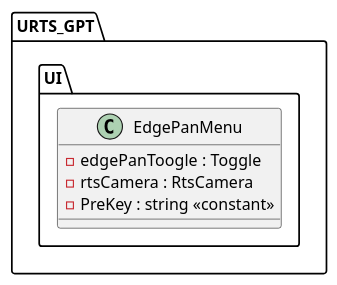
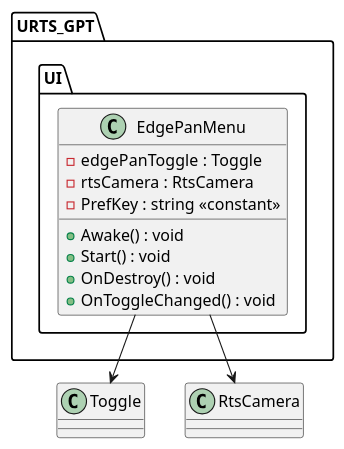
The diagram in Assets/UML/ClassDiagrams/Camera/Camera_EdgePanMenuV1_Class.puml (khongpak/URTS_GPT), drawn with PlantUML before and after one commit. The commit also changed 2 other files, not shown here.

Commit message:
เป้าหมายบทเรียน #4 — Formation Move + Marker Pool ยังไม่เสร็จ กำลังทำถึงแค่ขั้นตอนที่ 1 สร้างไฟล์ ClickMoveMarkerPool.cs เหลืออีก 1 ไฟล์ ตอนนี้มาเพิ่ม Class Diagram ของ Camera_EgdePanMenuV1_class และ ทำการเพิ่ม EdgePanMenu_OnToggleChanged_Sequence กับ EdgePanMenu_Start_Sequence เรียบร้อยแล้ว

```diff
--- a/Assets/UML/ClassDiagrams/Camera/Camera_EdgePanMenuV1_Class.puml
+++ b/Assets/UML/ClassDiagrams/Camera/Camera_EdgePanMenuV1_Class.puml
@@ -1,14 +1,22 @@
 @startuml
     skinparam Shadowing false
 
     class URTS_GPT.UI.EdgePanMenu{
 
-        - edgePanToogle : Toggle
+        - edgePanToggle : Toggle
         - rtsCamera : RtsCamera
-        - PreKey : string <<constant>>
+        - PrefKey : string <<constant>>
 
+        + Awake() : void
+        + Start() : void
+        + OnDestroy() : void
+        + OnToggleChanged() : void
     }
 
+    class Toggle
+    class RtsCamera
 
+    URTS_GPT.UI.EdgePanMenu --> Toggle
+    URTS_GPT.UI.EdgePanMenu --> RtsCamera
 
 @enduml
```
